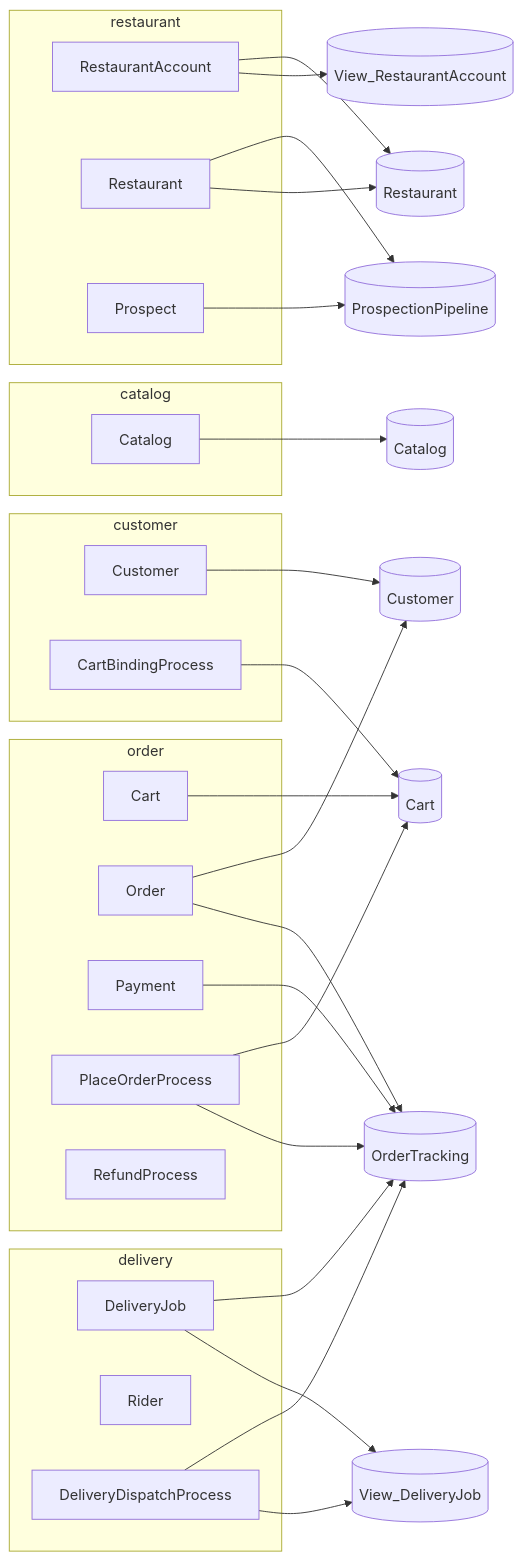
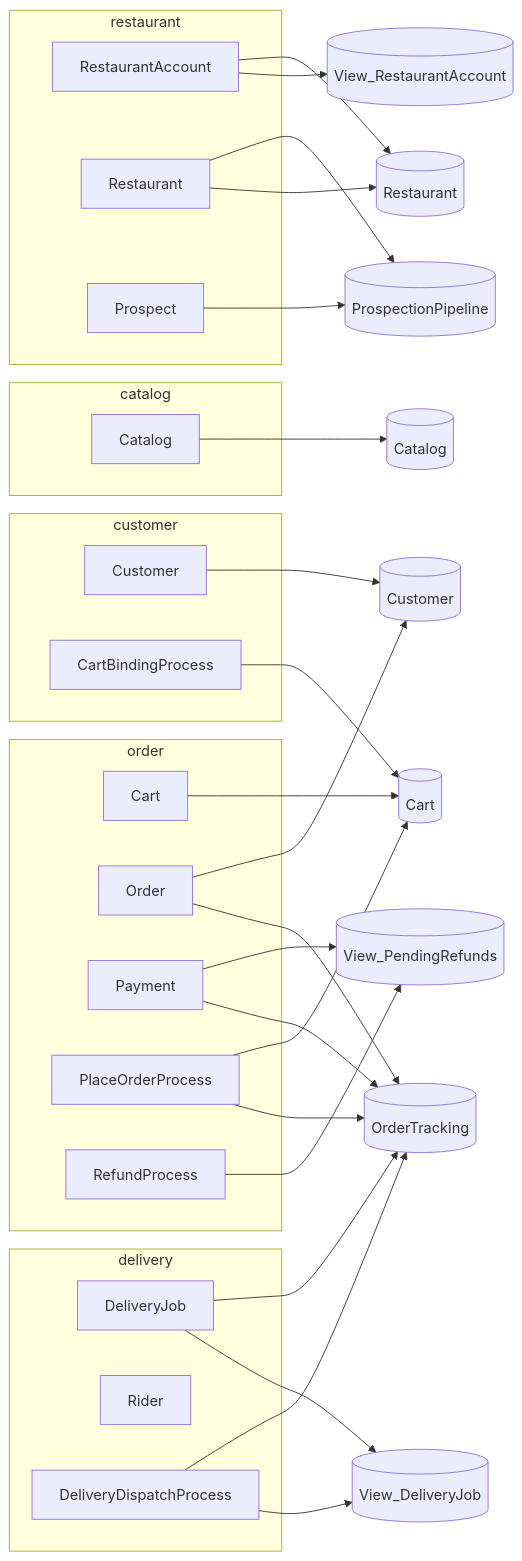
One commit to Captain-Food/captain-food changed the second of 6 diagrams in specs/generated/c4.generated.md. Above: the diagram before and after it, drawn with Mermaid. The commit also changed other lines of this file and 37 other files, not shown here.

First line of the commit message:
Add the pendingRefunds read model + query (last documented read-model gap)

````diff
--- a/specs/generated/c4.generated.md
+++ b/specs/generated/c4.generated.md
@@ -64,53 +64,56 @@
 ```mermaid
 flowchart LR
   subgraph g_restaurant["restaurant"]
     a_RestaurantAccount["RestaurantAccount"]
     a_Restaurant["Restaurant"]
     a_Prospect["Prospect"]
   end
   subgraph g_catalog["catalog"]
     a_Catalog["Catalog"]
   end
   subgraph g_order["order"]
     a_Cart["Cart"]
     a_Order["Order"]
     a_Payment["Payment"]
     a_PlaceOrderProcess["PlaceOrderProcess"]
     a_RefundProcess["RefundProcess"]
   end
   subgraph g_customer["customer"]
     a_Customer["Customer"]
     a_CartBindingProcess["CartBindingProcess"]
   end
   subgraph g_delivery["delivery"]
     a_DeliveryJob["DeliveryJob"]
     a_Rider["Rider"]
     a_DeliveryDispatchProcess["DeliveryDispatchProcess"]
   end
   v_View_RestaurantAccount[("View_RestaurantAccount")]
   v_Restaurant[("Restaurant")]
   v_ProspectionPipeline[("ProspectionPipeline")]
   v_Catalog[("Catalog")]
   v_Customer[("Customer")]
   v_Cart[("Cart")]
   v_OrderTracking[("OrderTracking")]
+  v_View_PendingRefunds[("View_PendingRefunds")]
   v_View_DeliveryJob[("View_DeliveryJob")]
   a_RestaurantAccount --> v_View_RestaurantAccount
   a_RestaurantAccount --> v_Restaurant
   a_Restaurant --> v_Restaurant
   a_Restaurant --> v_ProspectionPipeline
   a_Prospect --> v_ProspectionPipeline
   a_Catalog --> v_Catalog
   a_Customer --> v_Customer
   a_Cart --> v_Cart
   a_Order --> v_OrderTracking
   a_Order --> v_Customer
   a_Payment --> v_OrderTracking
+  a_Payment --> v_View_PendingRefunds
   a_DeliveryJob --> v_View_DeliveryJob
   a_DeliveryJob --> v_OrderTracking
   a_PlaceOrderProcess --> v_OrderTracking
   a_PlaceOrderProcess --> v_Cart
+  a_RefundProcess --> v_View_PendingRefunds
   a_CartBindingProcess --> v_Cart
   a_DeliveryDispatchProcess --> v_View_DeliveryJob
   a_DeliveryDispatchProcess --> v_OrderTracking
 ```
````
